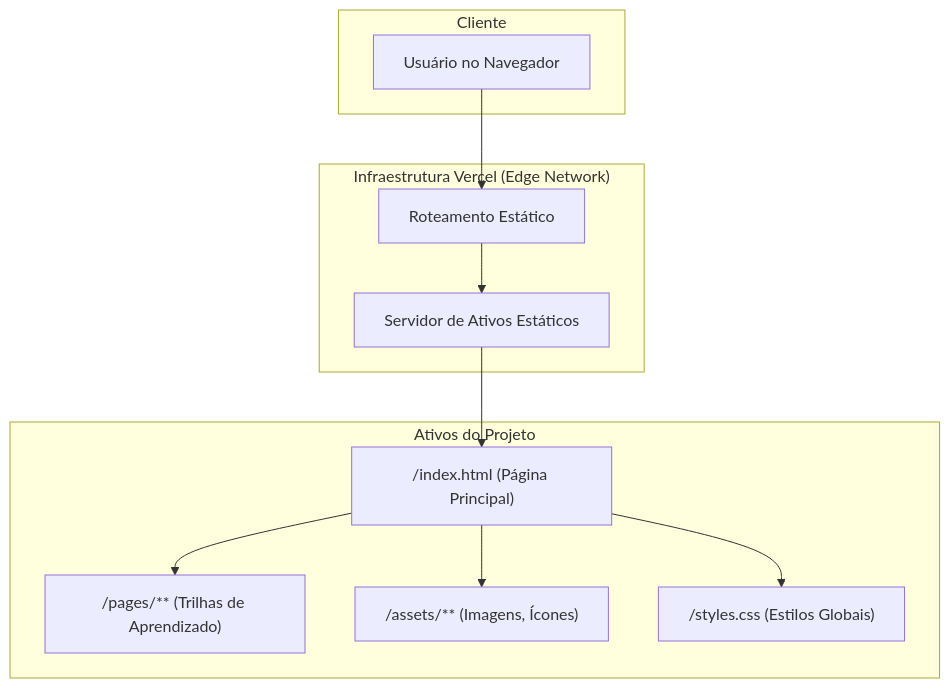
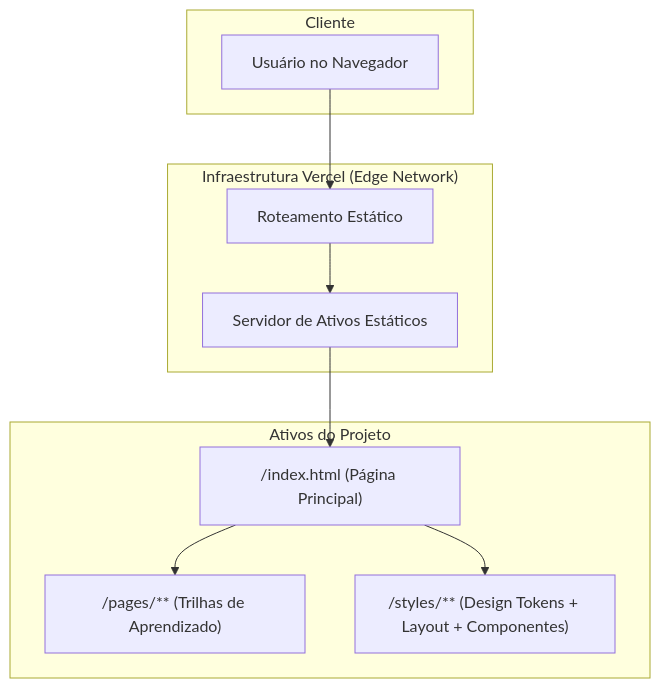
Before and after one commit to ESousa97/Brain-Developer: the diagram in README.md, drawn with Mermaid. The commit also changed other lines of this file and 40 other files, not shown here.

````diff
--- a/README.md
+++ b/README.md
@@ -93,22 +96,20 @@
 ```mermaid
 graph TD
     subgraph "Cliente"
         A["Usuário no Navegador"]
     end
     subgraph "Infraestrutura Vercel (Edge Network)"
         B["Roteamento Estático"]
         C["Servidor de Ativos Estáticos"]
     end
     subgraph "Ativos do Projeto"
         D1["/index.html (Página Principal)"]
         D2["/pages/** (Trilhas de Aprendizado)"]
-        D3["/assets/** (Imagens, Ícones)"]
-        D4["/styles.css (Estilos Globais)"]
+        D3["/styles/** (Design Tokens + Layout + Componentes)"]
     end
     A --> B
     B --> C
     C --> D1
     D1 --> D2
     D1 --> D3
-    D1 --> D4
 ```
````
